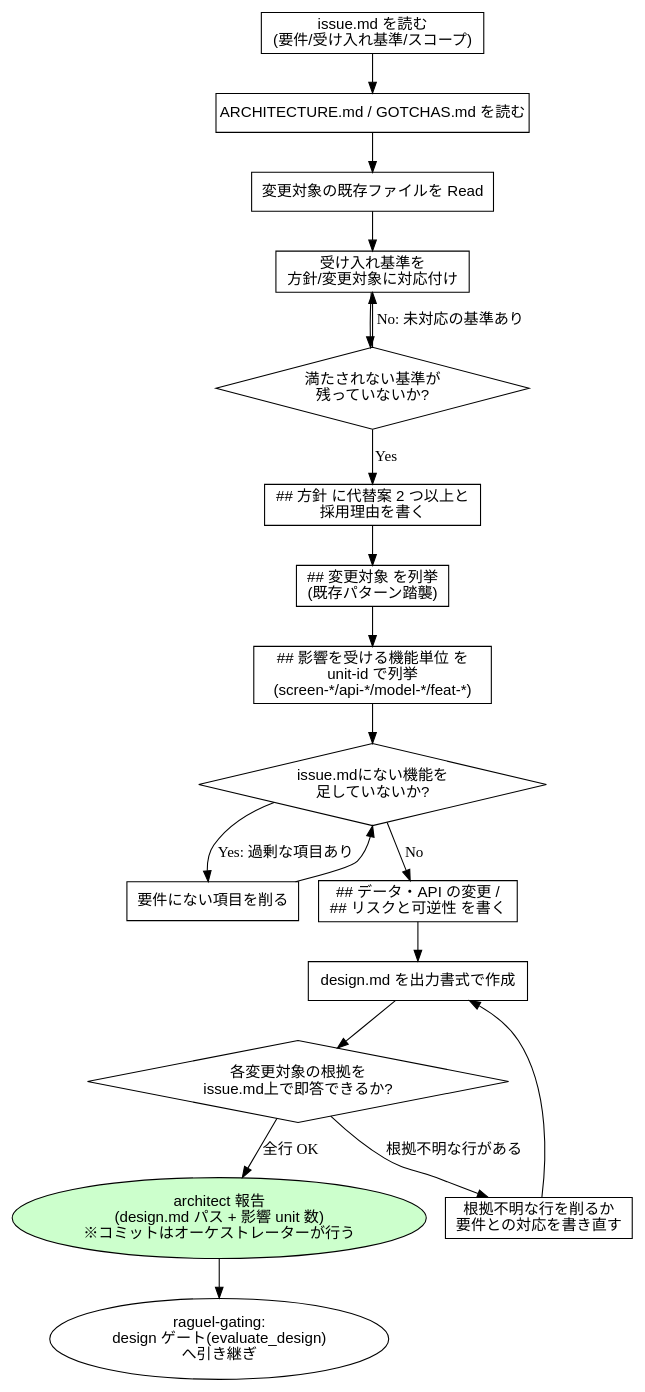
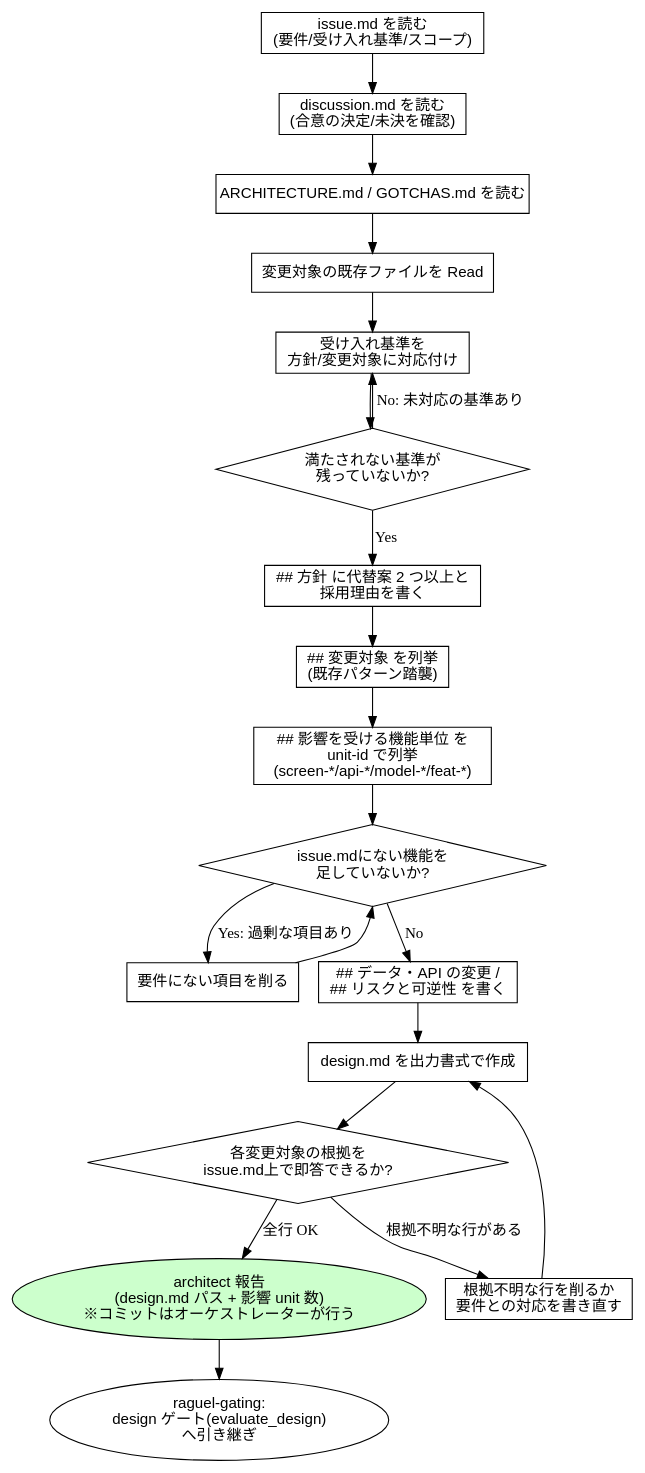
One commit to Amatsuka-kobo/amatsuka-claude-plugins changed the diagram in plugins/codiel/skills/writing-design-docs/SKILL.md. Above: the diagram before and after it, drawn with Graphviz. The commit also changed 3 other files, not shown here.

````diff
--- a/plugins/codiel/skills/writing-design-docs/SKILL.md
+++ b/plugins/codiel/skills/writing-design-docs/SKILL.md
@@ -129,36 +129,37 @@
 ```dot
 digraph writing_design_docs {
   rankdir=TB;
   node [fontname="sans-serif"];
 
   read_issue [label="issue.md を読む\n(要件/受け入れ基準/スコープ)", shape=box];
+  read_discussion [label="discussion.md を読む\n(合意の決定/未決を確認)", shape=box];
   read_docs [label="ARCHITECTURE.md / GOTCHAS.md を読む", shape=box];
   read_existing [label="変更対象の既存ファイルを Read", shape=box];
   map_criteria [label="受け入れ基準を\n方針/変更対象に対応付け", shape=box];
   check_criteria [label="満たされない基準が\n残っていないか?", shape=diamond];
   alternatives [label="## 方針 に代替案 2 つ以上と\n採用理由を書く", shape=box];
   targets [label="## 変更対象 を列挙\n(既存パターン踏襲)", shape=box];
   units [label="## 影響を受ける機能単位 を\nunit-id で列挙\n(screen-*/api-*/model-*/feat-*)", shape=box];
   yagni [label="issue.mdにない機能を\n足していないか?", shape=diamond];
   trim [label="要件にない項目を削る", shape=box];
   risk [label="## データ・API の変更 /\n## リスクと可逆性 を書く", shape=box];
   write [label="design.md を出力書式で作成", shape=box];
   selfcheck [label="各変更対象の根拠を\nissue.md上で即答できるか?", shape=diamond];
   demote [label="根拠不明な行を削るか\n要件との対応を書き直す", shape=box];
   done [label="architect 報告\n(design.md パス + 影響 unit 数)\n※コミットはオーケストレーターが行う", shape=ellipse, style=filled, fillcolor="#ccffcc"];
   gate [label="raguel-gating:\ndesign ゲート(evaluate_design)\nへ引き継ぎ", shape=ellipse];
 
-  read_issue -> read_docs -> read_existing -> map_criteria -> check_criteria;
+  read_issue -> read_discussion -> read_docs -> read_existing -> map_criteria -> check_criteria;
   check_criteria -> map_criteria [label="No: 未対応の基準あり"];
   check_criteria -> alternatives [label="Yes"];
   alternatives -> targets -> units -> yagni;
   yagni -> trim [label="Yes: 過剰な項目あり"];
   trim -> yagni;
   yagni -> risk [label="No"];
   risk -> write -> selfcheck;
   selfcheck -> demote [label="根拠不明な行がある"];
   demote -> write;
   selfcheck -> done [label="全行 OK"];
   done -> gate;
 }
 ```
````
